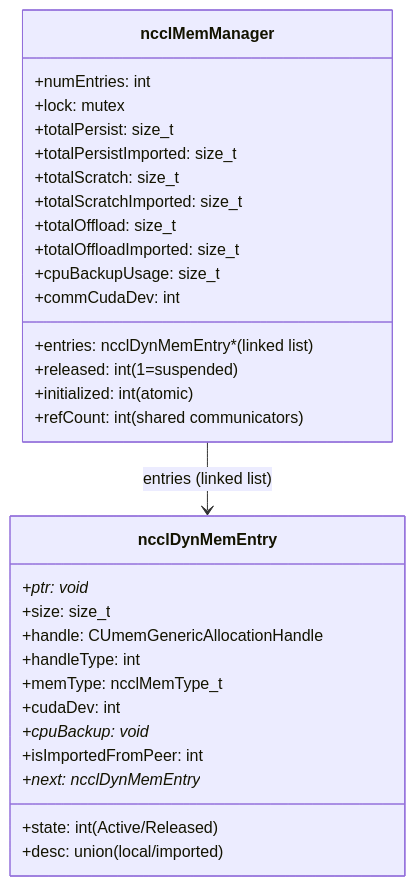
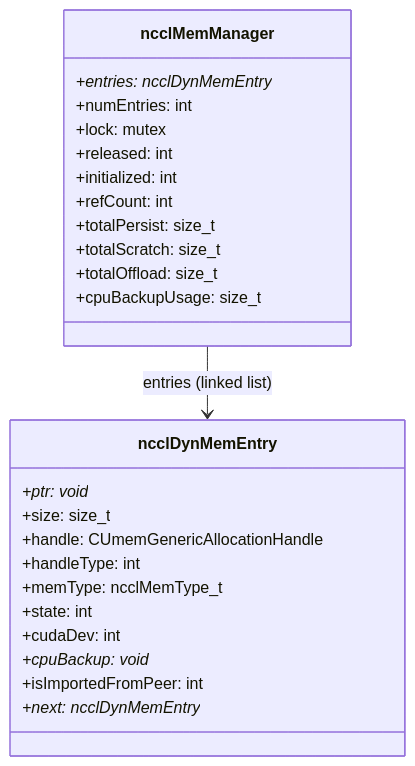
One commit to s0okiym/share changed the third of 7 diagrams in dd_nccl_glm5.1/09-memory-management.md. Above: the diagram before and after it, drawn with Mermaid. The commit also changed other lines of this file and 19 other files, not shown here.

````diff
--- a/dd_nccl_glm5.1/09-memory-management.md
+++ b/dd_nccl_glm5.1/09-memory-management.md
@@ -65,35 +68,30 @@
 ```mermaid
 classDiagram
     class ncclMemManager {
-        +entries: ncclDynMemEntry* (linked list)
+        +entries: ncclDynMemEntry*
         +numEntries: int
         +lock: mutex
-        +released: int (1=suspended)
-        +initialized: int (atomic)
-        +refCount: int (shared communicators)
+        +released: int
+        +initialized: int
+        +refCount: int
         +totalPersist: size_t
-        +totalPersistImported: size_t
         +totalScratch: size_t
-        +totalScratchImported: size_t
         +totalOffload: size_t
-        +totalOffloadImported: size_t
         +cpuBackupUsage: size_t
-        +commCudaDev: int
     }
 
     class ncclDynMemEntry {
         +ptr: void*
         +size: size_t
         +handle: CUmemGenericAllocationHandle
         +handleType: int
         +memType: ncclMemType_t
-        +state: int (Active/Released)
+        +state: int
         +cudaDev: int
         +cpuBackup: void*
         +isImportedFromPeer: int
-        +desc: union (local/imported)
         +next: ncclDynMemEntry*
     }
 
     ncclMemManager --> ncclDynMemEntry : entries (linked list)
 ```
````
